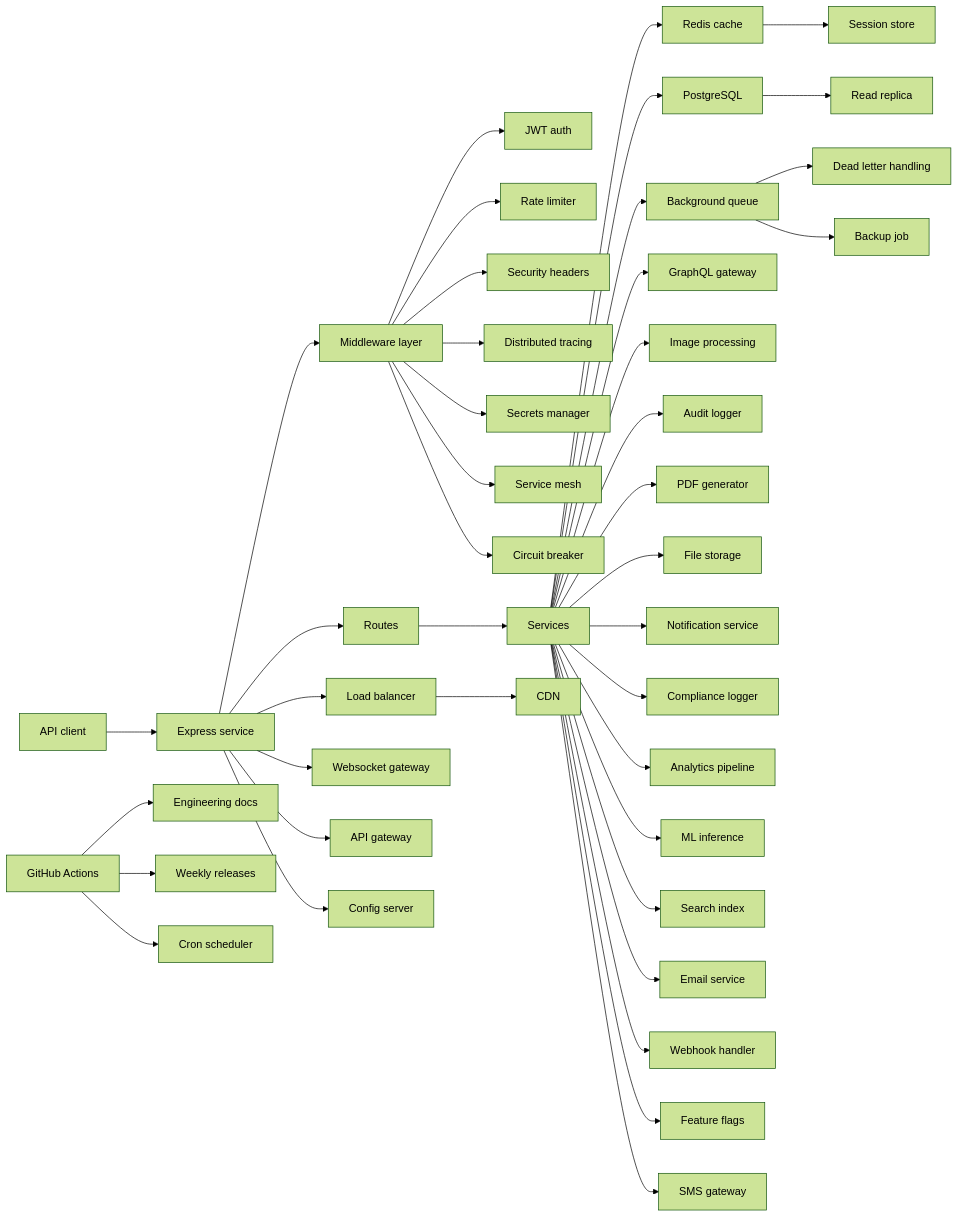
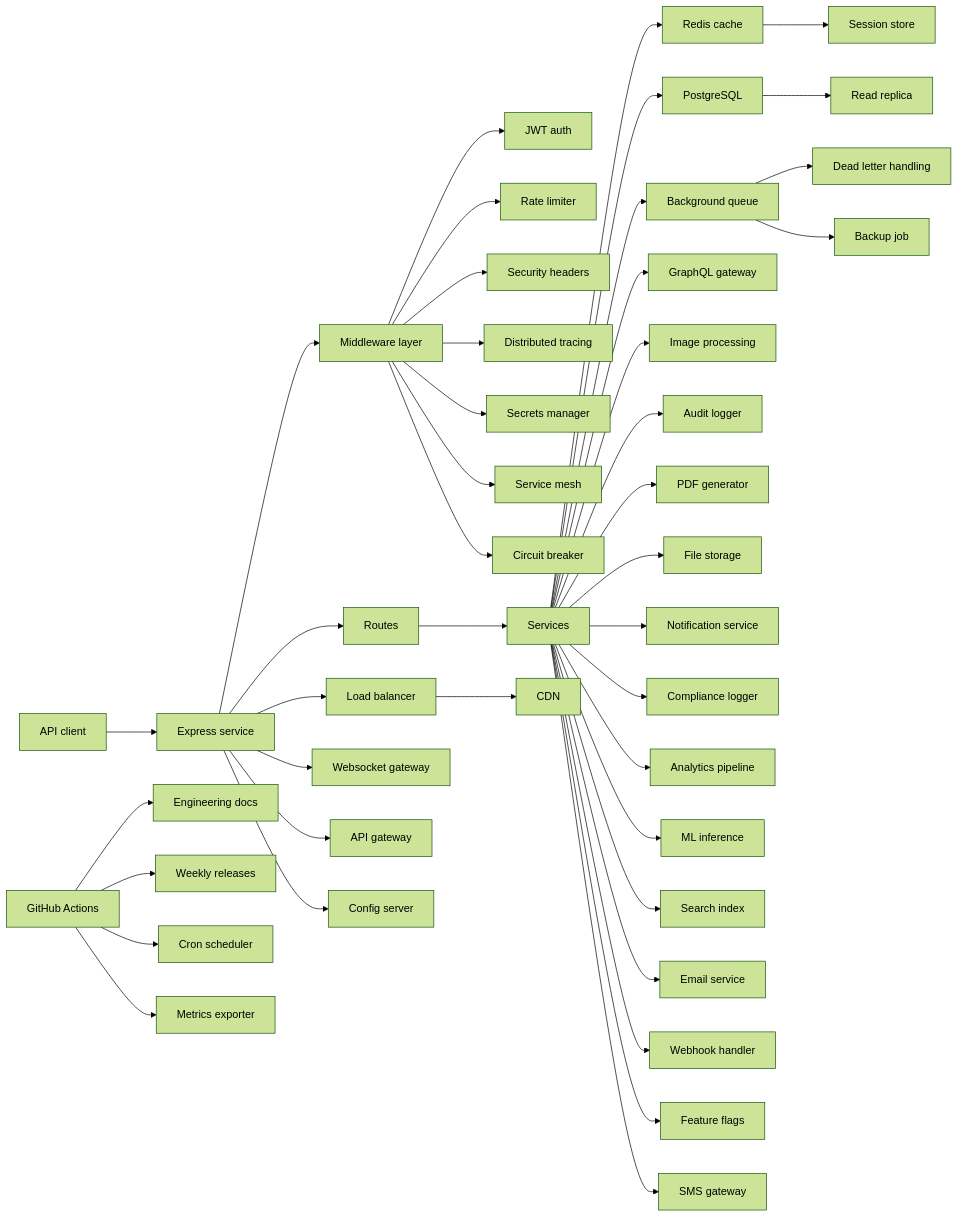
One commit to P-r-e-m-i-u-m/Aridon changed the diagram in README.md. Above: the diagram before and after it, drawn with Mermaid (forest theme).

Commit message:
docs: grow system snapshot diagram 2026-08-02

````diff
--- a/README.md
+++ b/README.md
@@ -24,43 +24,44 @@
 ```mermaid
 flowchart LR
   Client["API client"] --> Express["Express service"]
   Express --> Middleware["Middleware layer"]
   Middleware --> Auth["JWT auth"]
   Middleware --> RateLimit["Rate limiter"]
   Middleware --> Security["Security headers"]
   Express --> Routes["Routes"]
   Routes --> Services["Services"]
   Services --> Redis["Redis cache"]
   Services --> Postgres["PostgreSQL"]
   Services --> Queue["Background queue"]
   Queue --> DLQ["Dead letter handling"]
   Actions["GitHub Actions"] --> Docs["Engineering docs"]
   Actions --> Releases["Weekly releases"]
   Services --> GraphqlGW["GraphQL gateway"]
   Services --> ImageProcessing["Image processing"]
   Middleware --> Tracing["Distributed tracing"]
   Actions --> CronScheduler["Cron scheduler"]
   Services --> AuditLog["Audit logger"]
   Services --> PdfGenerator["PDF generator"]
   Postgres --> ReadReplica["Read replica"]
   Services --> FileStorage["File storage"]
   Services --> Notifications["Notification service"]
   LoadBalancer --> CDN["CDN"]
   Services --> ComplianceLog["Compliance logger"]
   Middleware --> SecretsManager["Secrets manager"]
   Services --> Analytics["Analytics pipeline"]
   Services --> MLInference["ML inference"]
   Services --> SearchIndex["Search index"]
   Queue --> BackupJob["Backup job"]
   Services --> EmailService["Email service"]
   Services --> WebhookHandler["Webhook handler"]
   Middleware --> ServiceMesh["Service mesh"]
   Services --> FeatureFlags["Feature flags"]
   Express --> LoadBalancer["Load balancer"]
   Redis --> SessionStore["Session store"]
   Services --> SmsGateway["SMS gateway"]
   Express --> WebsocketGW["Websocket gateway"]
   Express --> Gateway["API gateway"]
   Express --> ConfigServer["Config server"]
   Middleware --> CircuitBreaker["Circuit breaker"]
+  Actions --> Metrics["Metrics exporter"]
 ```
````
